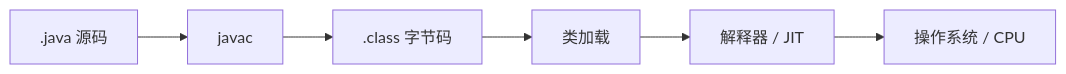
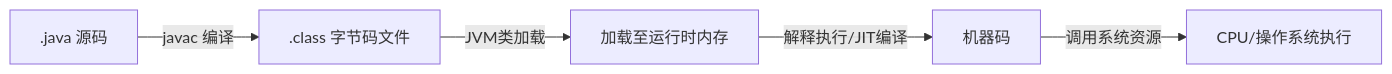
The second of 8 diagrams in docs/02.后端/01.Java/17.JVM 基础.md (l552177239/my-note), drawn with Mermaid before and after one commit. The commit also changed other lines of this file and 1 other file, not shown here.

Commit message:
feat: Update Java concurrency and JVM notes with new insights, improved structure, and visual diagrams

````diff
--- a/docs/02.后端/01.Java/17.JVM 基础.md
+++ b/docs/02.后端/01.Java/17.JVM 基础.md
@@ -81,8 +81,8 @@
 ```mermaid
 flowchart LR
-    A[".java 源码"] --> B["javac"]
-    B --> C[".class 字节码"]
-    C --> D["类加载"]
-    D --> E["解释器 / JIT"]
-    E --> F["操作系统 / CPU"]
+    A[".java 源码"] -->|"javac 编译"| B[".class 字节码文件"]
+    B -->|"JVM类加载"| C[加载至运行时内存]
+    C -->|"解释执行/JIT编译"| D[机器码]
+    D -->|"调用系统资源"| E["CPU/操作系统执行"]
+
 ```
````
